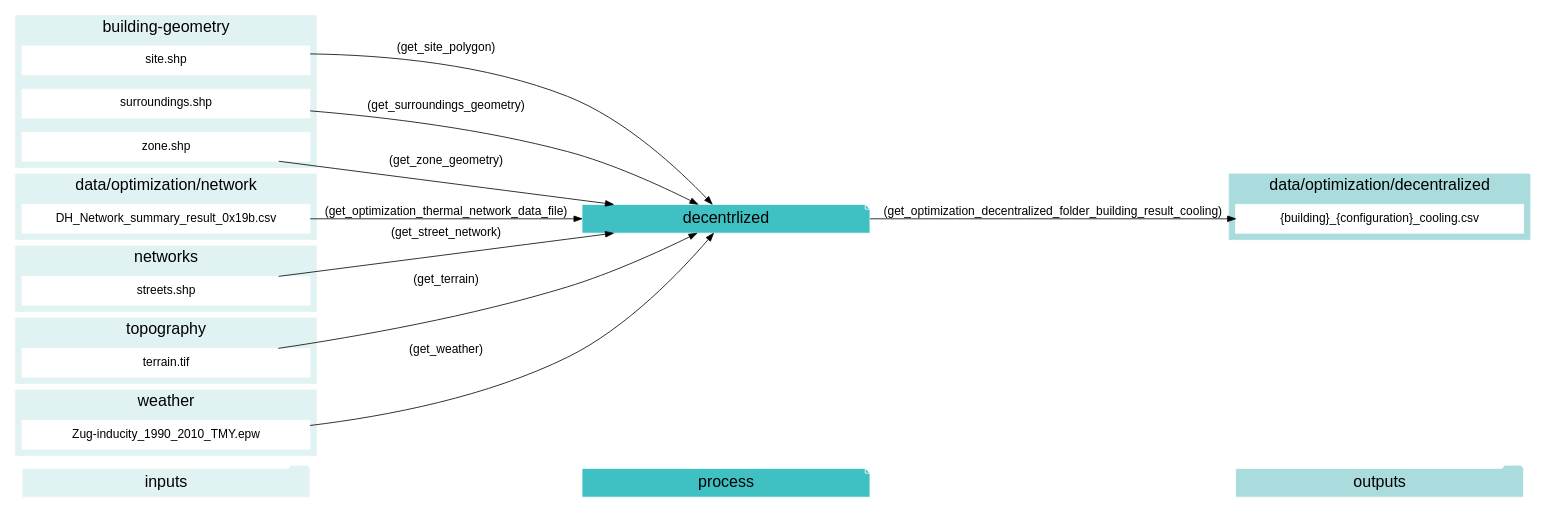
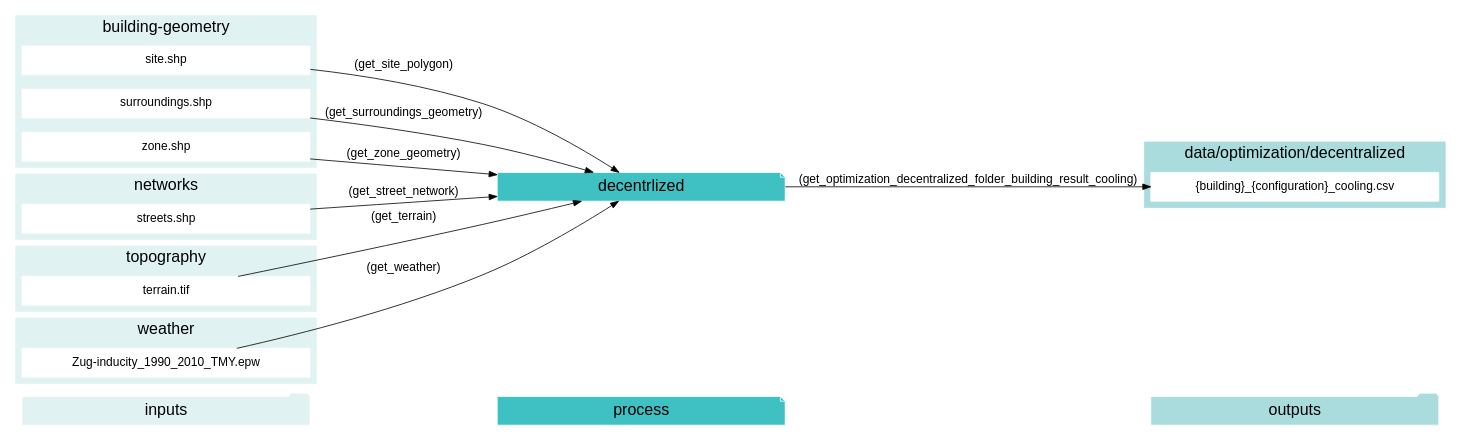
The diagram in docs/graphviz/decentrlized.gv (architecture-building-systems/CityEnergyAnalyst), drawn with Graphviz before and after one commit. The commit also changed 25 other files, not shown here.

Commit message:
working on the graphviz output

```diff
--- a/docs/graphviz/decentrlized.gv
+++ b/docs/graphviz/decentrlized.gv
@@ -1,75 +1,66 @@
 digraph trace_inputlocator {
     rankdir="LR";
     graph [overlap=false, fontname=arial];
     node [shape=box, style=filled, color=white, fontsize=15, fontname=arial, fixedsize=true, width=5];
     edge [fontname=arial, fontsize = 15]
     newrank=true
     subgraph cluster_legend {
     fontsize=25
     style=invis
     "process"[style=filled, fillcolor="#3FC0C2", shape=note, fontsize=20, fontname="arial"]
     "inputs" [style=filled, shape=folder, color=white, fillcolor="#E1F2F2", fontsize=20]
     "outputs"[style=filled, shape=folder, color=white, fillcolor="#aadcdd", fontsize=20]
     "inputs"->"process"[style=invis]
     "process"->"outputs"[style=invis]
     }
     "decentrlized"[style=filled, color=white, fillcolor="#3FC0C2", shape=note, fontsize=20, fontname=arial];
     subgraph cluster_0_in {
         style = filled;
         color = "#E1F2F2";
         fontsize = 20;
         rank=same;
         label="building-geometry";
         "site.shp"
         "surroundings.shp"
         "zone.shp"
     }
     subgraph cluster_1_out {
         style = filled;
         color = "#aadcdd";
         fontsize = 20;
         rank=same;
         label="data/optimization/decentralized";
         "{building}_{configuration}_cooling.csv"
     }
     subgraph cluster_2_in {
         style = filled;
         color = "#E1F2F2";
         fontsize = 20;
         rank=same;
-        label="data/optimization/network";
-        "DH_Network_summary_result_0x19b.csv"
-    }
-    subgraph cluster_3_in {
-        style = filled;
-        color = "#E1F2F2";
-        fontsize = 20;
-        rank=same;
         label="networks";
         "streets.shp"
     }
-    subgraph cluster_4_in {
+    subgraph cluster_3_in {
         style = filled;
         color = "#E1F2F2";
         fontsize = 20;
         rank=same;
         label="topography";
         "terrain.tif"
     }
-    subgraph cluster_5_in {
+    subgraph cluster_4_in {
         style = filled;
         color = "#E1F2F2";
         fontsize = 20;
         rank=same;
         label="weather";
         "Zug-inducity_1990_2010_TMY.epw"
     }
-    "DH_Network_summary_result_0x19b.csv" -> "decentrlized"[label="(get_optimization_thermal_network_data_file)"]
     "site.shp" -> "decentrlized"[label="(get_site_polygon)"]
     "streets.shp" -> "decentrlized"[label="(get_street_network)"]
     "surroundings.shp" -> "decentrlized"[label="(get_surroundings_geometry)"]
     "terrain.tif" -> "decentrlized"[label="(get_terrain)"]
     "Zug-inducity_1990_2010_TMY.epw" -> "decentrlized"[label="(get_weather)"]
     "zone.shp" -> "decentrlized"[label="(get_zone_geometry)"]
     "decentrlized" -> "{building}_{configuration}_cooling.csv"[label="(get_optimization_decentralized_folder_building_result_cooling)"]
     }
```
